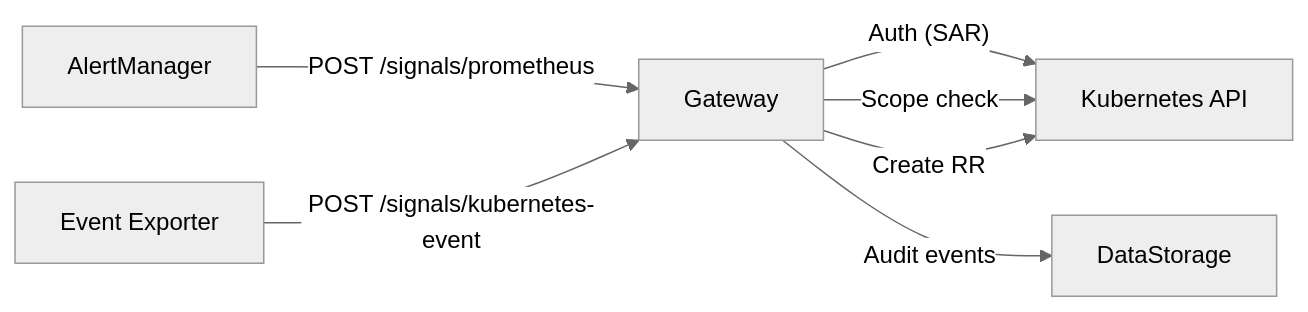
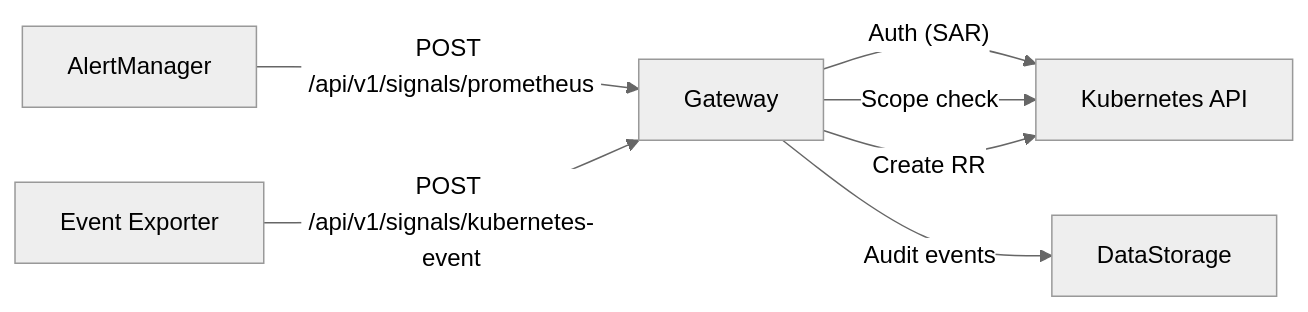
Before and after one commit to jordigilh/kubernaut-docs: the first of 3 diagrams in docs/architecture/gateway.md, drawn with Mermaid (neutral theme). The commit also changed other lines of this file and 1 other file, not shown here.

First line of the commit message:
fix(architecture): correct gateway endpoints, SourceType, resource priority, and webhook list

````diff
--- a/docs/architecture/gateway.md
+++ b/docs/architecture/gateway.md
@@ -7,9 +7,9 @@
 ```mermaid
 flowchart LR
-    AM["AlertManager"] -->|POST /signals/prometheus| GW["Gateway"]
-    EE["Event Exporter"] -->|POST /signals/kubernetes-event| GW
+    AM["AlertManager"] -->|"POST /api/v1/signals/prometheus"| GW["Gateway"]
+    EE["Event Exporter"] -->|"POST /api/v1/signals/kubernetes-event"| GW
     GW -->|"Auth (SAR)"| K8s["Kubernetes API"]
     GW -->|"Scope check"| K8s
     GW -->|"Create RR"| K8s
     GW -->|"Audit events"| DS["DataStorage"]
 ```
````
